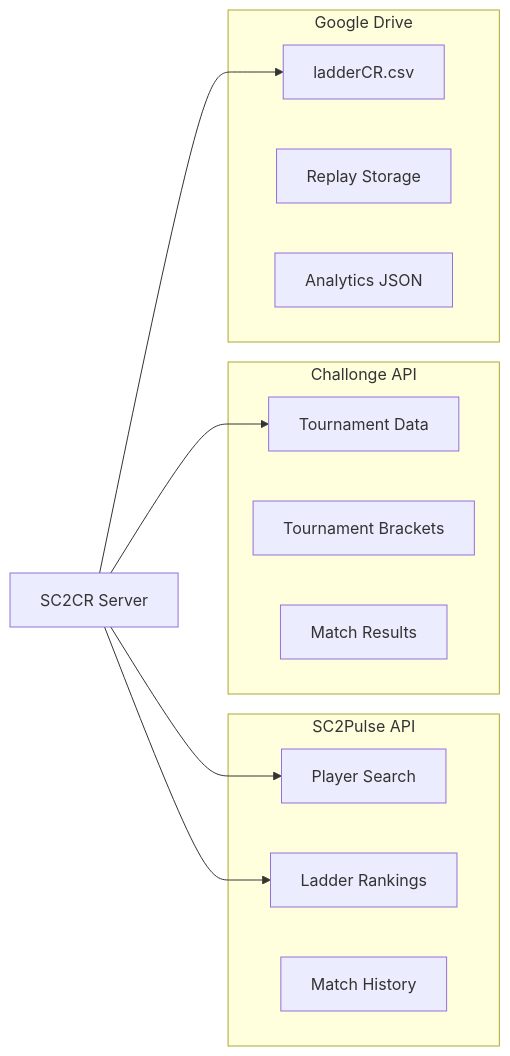
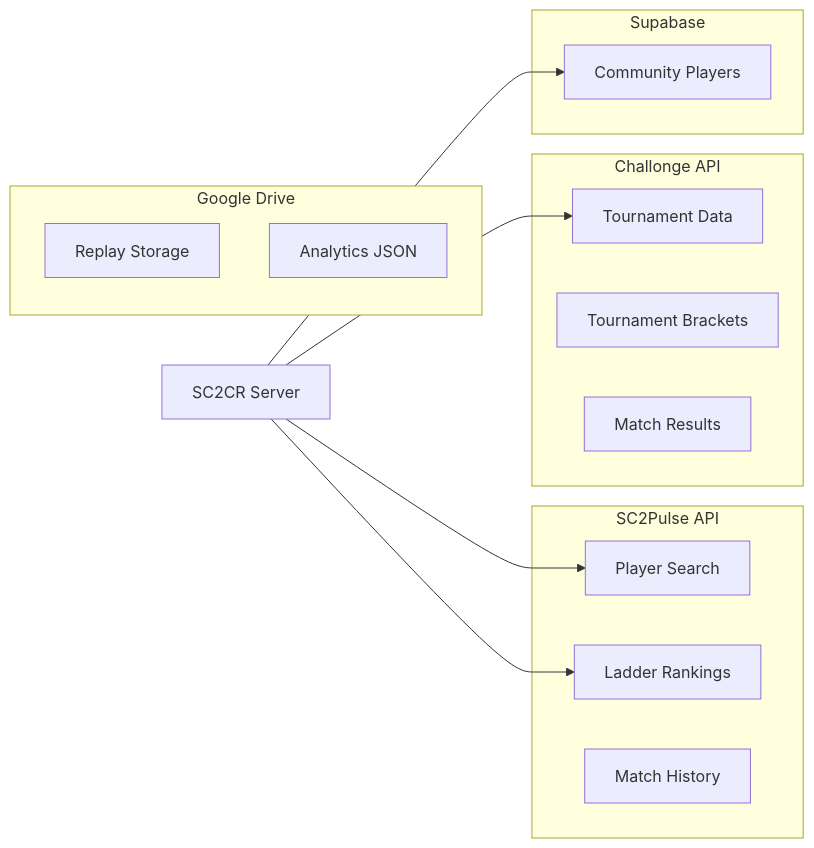
Before and after one commit to KvCG/sc2crpage: the fourth of 5 diagrams in docs/architecture/README.md, drawn with Mermaid. The commit also changed 28 other files, not shown here.

````diff
--- a/docs/architecture/README.md
+++ b/docs/architecture/README.md
@@ -355,25 +355,28 @@
 ```mermaid
 graph LR
     subgraph "SC2Pulse API"
         Players[Player Search]
         Rankings[Ladder Rankings] 
         Matches[Match History]
     end
     
     subgraph "Challonge API"
         Tournaments[Tournament Data]
         Brackets[Tournament Brackets]
         Results[Match Results]
     end
     
     subgraph "Google Drive"
-        LadderData[ladderCR.csv]
         ReplayFiles[Replay Storage]
         Analytics[Analytics JSON]
+    end
+    
+    subgraph "Supabase"
+        LadderData[Community Players]
     end
     
     SC2CR[SC2CR Server] --> Players
     SC2CR --> Rankings
     SC2CR --> Tournaments
     SC2CR --> LadderData
 ```
````
